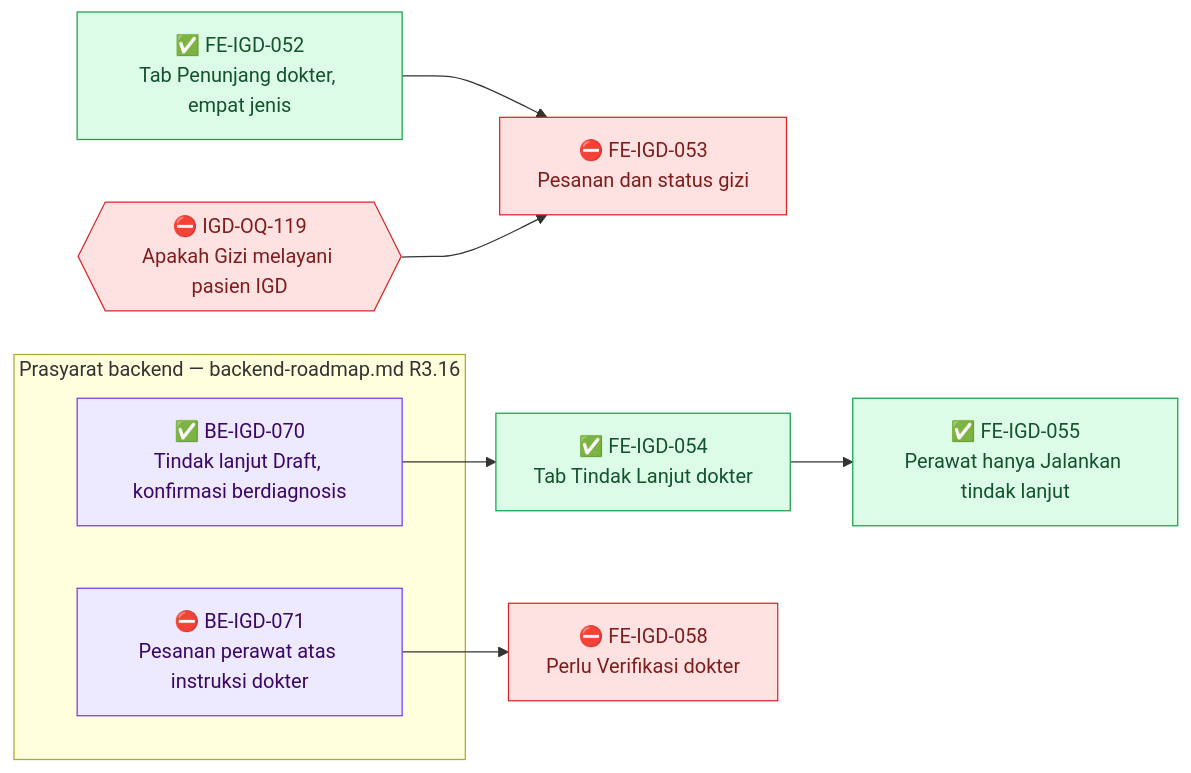
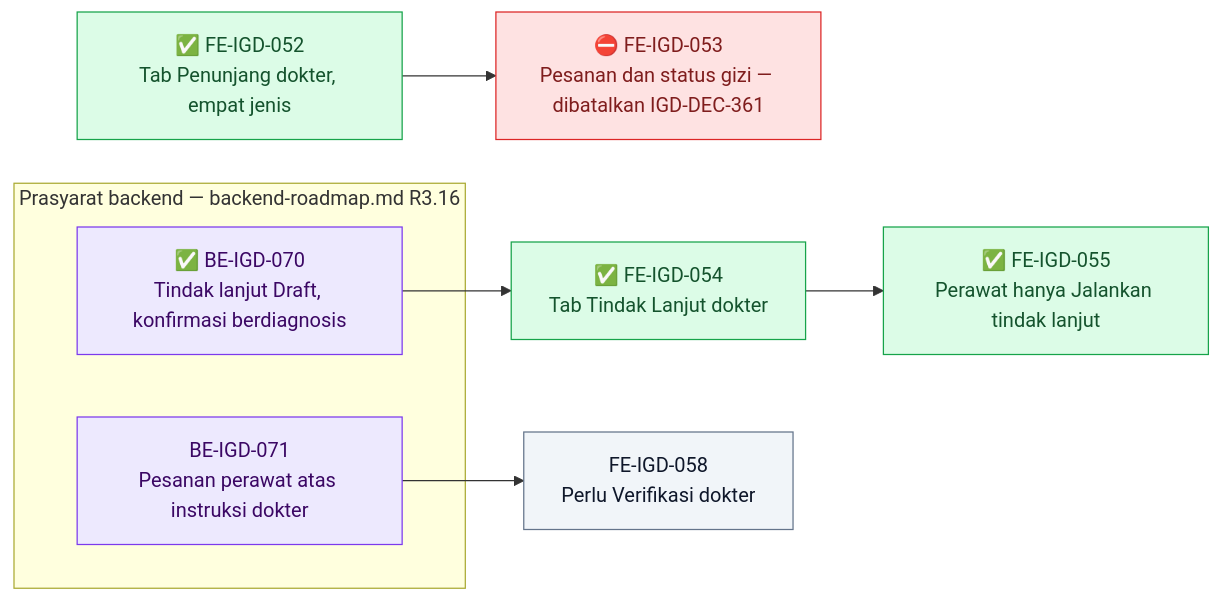
One commit to DevBenari/NewQuilvianSystemBackend changed diagram 17 of 19 in docs/module-blueprints/igd/roadmap/frontend-roadmap.md. Above: the diagram before and after it, drawn with Mermaid. The commit also changed other lines of this file and 15 other files, not shown here.

First line of the commit message:
docs(igd): revisi 16 — dokter pemberi instruksi pesanan Lab/Rad perawat IGD

````diff
--- a/docs/module-blueprints/igd/roadmap/frontend-roadmap.md
+++ b/docs/module-blueprints/igd/roadmap/frontend-roadmap.md
@@ -2157,26 +2157,24 @@
 ```mermaid
 flowchart LR
     classDef selesai fill:#DCFCE7,stroke:#16A34A,color:#14532D
     classDef sebagian fill:#FEF9C3,stroke:#CA8A04,color:#713F12
     classDef terblokir fill:#FEE2E2,stroke:#DC2626,color:#7F1D1D
     classDef belum fill:#F1F5F9,stroke:#64748B,color:#0F172A
     classDef luar fill:#EDE9FE,stroke:#7C3AED,color:#3B0764
 
     subgraph backend1403["Prasyarat backend — backend-roadmap.md R3.16"]
         BEIGD070D["✅ BE-IGD-070<br/>Tindak lanjut Draft, konfirmasi berdiagnosis"]:::luar
-        BEIGD071D["⛔ BE-IGD-071<br/>Pesanan perawat atas instruksi dokter"]:::luar
+        BEIGD071D["BE-IGD-071<br/>Pesanan perawat atas instruksi dokter"]:::luar
     end
 
-    OQIGD119{{"⛔ IGD-OQ-119<br/>Apakah Gizi melayani pasien IGD"}}:::terblokir
     FEIGD052["✅ FE-IGD-052<br/>Tab Penunjang dokter, empat jenis"]:::selesai
-    FEIGD053["⛔ FE-IGD-053<br/>Pesanan dan status gizi"]:::terblokir
+    FEIGD053["⛔ FE-IGD-053<br/>Pesanan dan status gizi — dibatalkan IGD-DEC-361"]:::terblokir
     FEIGD054["✅ FE-IGD-054<br/>Tab Tindak Lanjut dokter"]:::selesai
     FEIGD055["✅ FE-IGD-055<br/>Perawat hanya Jalankan tindak lanjut"]:::selesai
-    FEIGD058["⛔ FE-IGD-058<br/>Perlu Verifikasi dokter"]:::terblokir
+    FEIGD058["FE-IGD-058<br/>Perlu Verifikasi dokter"]:::belum
 
     FEIGD052 --> FEIGD053
-    OQIGD119 --> FEIGD053
     BEIGD070D --> FEIGD054
     FEIGD054 --> FEIGD055
     BEIGD071D --> FEIGD058
 ```
````
